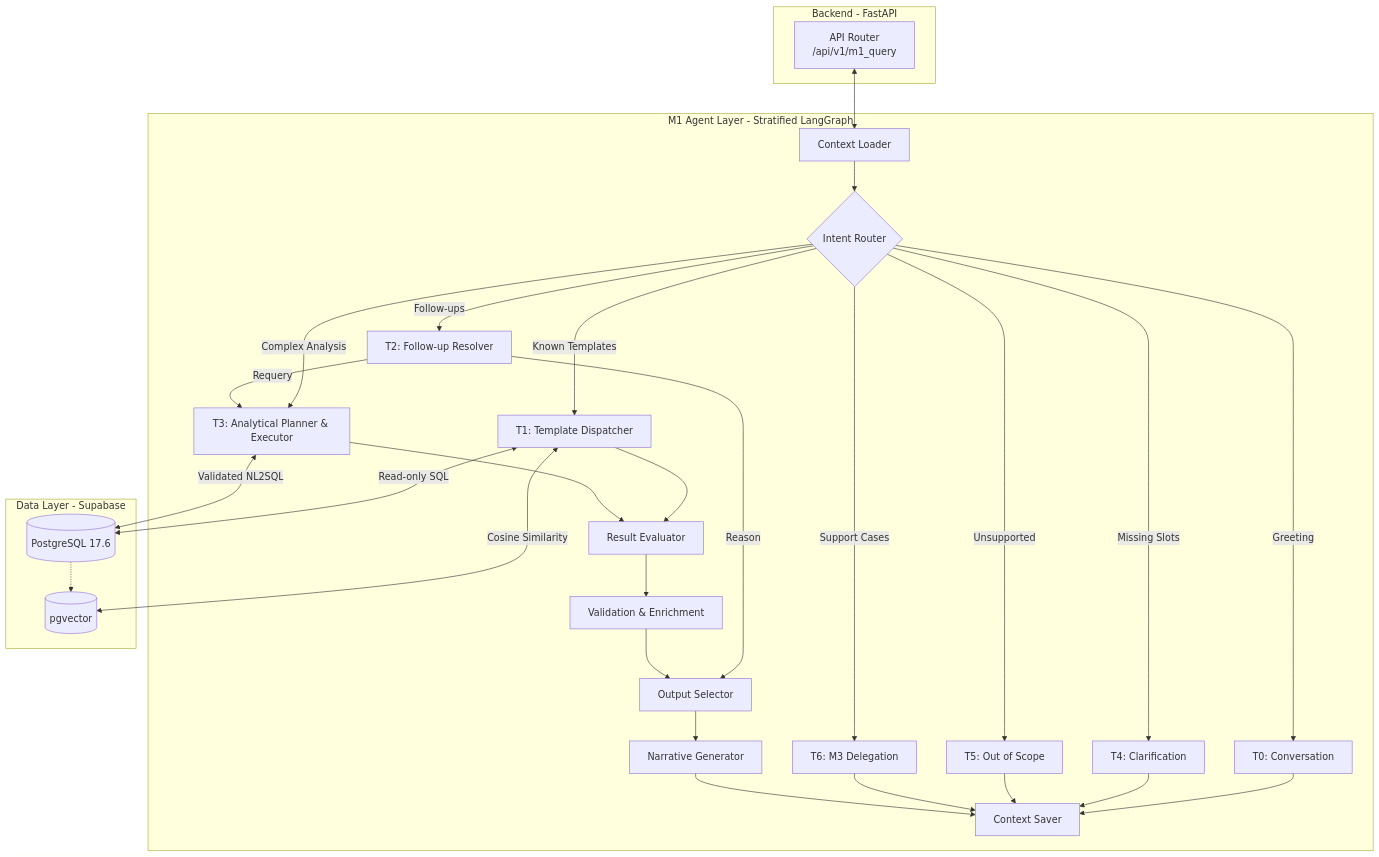
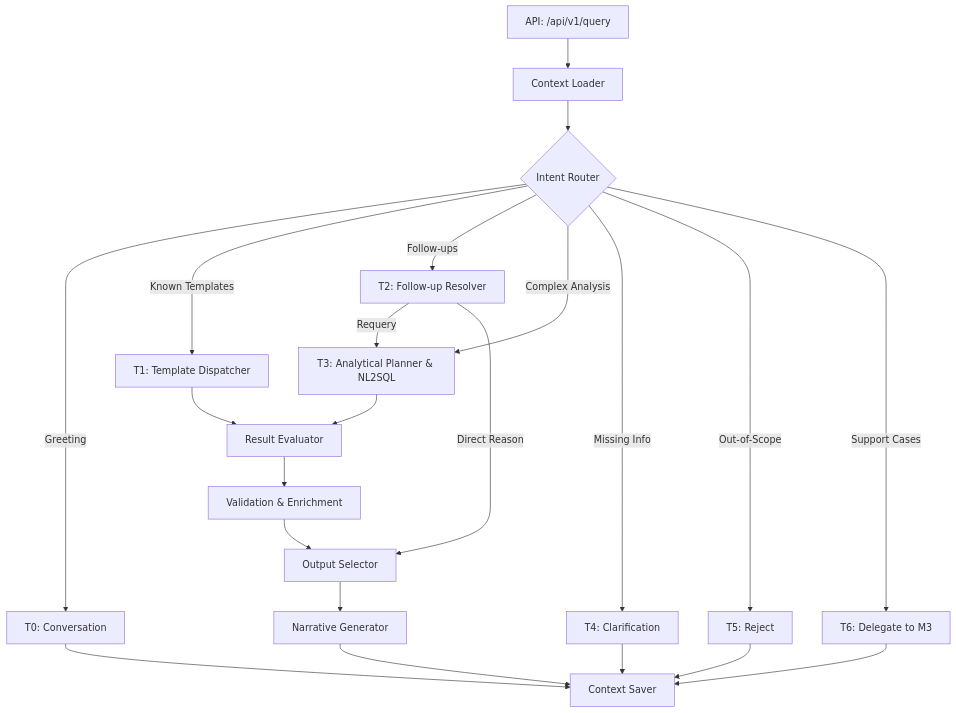
Before and after one commit to MostafaAyman3/Wakeel: the second of 3 diagrams in README.md, drawn with Mermaid. The commit also changed other lines of this file, not shown here.

Commit message:
feat(docs): Update README to reflect new platform capabilities and architecture

````diff
--- a/README.md
+++ b/README.md
@@ -132,64 +140,24 @@
 ```mermaid
 graph TD
-    %% Backend Layer
-    subgraph Backend [Backend - FastAPI]
-        API[API Router<br>/api/v1/m1_query]
-    end
+    API[API: /api/v1/query] --> CtxLoad[Context Loader]
+    CtxLoad --> Router{Intent Router}
 
-    %% Agent Layer (LangGraph v2.0)
-    subgraph Agents [M1 Agent Layer - Stratified LangGraph]
-        ContextLoad[Context Loader]
-        Router{Intent Router}
-        
-        T0[T0: Conversation]
-        T1[T1: Template Dispatcher]
-        T2[T2: Follow-up Resolver]
-        T3[T3: Analytical Planner & Executor]
-        T4[T4: Clarification]
-        T5[T5: Out of Scope]
-        T6[T6: M3 Delegation]
-        
-        Eval[Result Evaluator]
-        Validate[Validation & Enrichment]
-        OutSelect[Output Selector]
-        Narrative[Narrative Generator]
-        ContextSave[Context Saver]
+    Router -->|Greeting| T0[T0: Conversation]
+    Router -->|Known Templates| T1[T1: Template Dispatcher]
+    Router -->|Follow-ups| T2[T2: Follow-up Resolver]
+    Router -->|Complex Analysis| T3[T3: Analytical Planner & NL2SQL]
+    Router -->|Missing Info| T4[T4: Clarification]
+    Router -->|Out-of-Scope| T5[T5: Reject]
+    Router -->|Support Cases| T6[T6: Delegate to M3]
 
-        ContextLoad --> Router
-        Router -->|Greeting| T0
-        Router -->|Known Templates| T1
-        Router -->|Follow-ups| T2
-        Router -->|Complex Analysis| T3
-        Router -->|Missing Slots| T4
-        Router -->|Unsupported| T5
-        Router -->|Support Cases| T6
+    T1 --> Eval[Result Evaluator]
+    T2 -->|Requery| T3
+    T2 -->|Direct Reason| OutSelect
+    T3 --> Eval
 
-        T1 --> Eval
-        T2 -->|Requery| T3
-        T2 -->|Reason| OutSelect
-        T3 --> Eval
-        
-        Eval --> Validate
-        Validate --> OutSelect
-        OutSelect --> Narrative
-        
-        T0 --> ContextSave
-        T4 --> ContextSave
-        T5 --> ContextSave
-        T6 --> ContextSave
-        Narrative --> ContextSave
-    end
+    Eval --> Validate[Validation & Enrichment]
+    Validate --> OutSelect[Output Selector]
+    OutSelect --> Narrative[Narrative Generator]
 
-    %% Database Layer
-    subgraph Data [Data Layer - Supabase]
-        DB[(PostgreSQL 17.6)]
-        VectorDB[(pgvector)]
-        DB -.-> VectorDB
-    end
-
-    %% Connections
-    API <--> ContextLoad
-    T1 <-->|Read-only SQL| DB
-    T3 <-->|Validated NL2SQL| DB
-    T1 <-->|Cosine Similarity| VectorDB
+    T0 & T4 & T5 & T6 & Narrative --> CtxSave[Context Saver]
 ```
````
